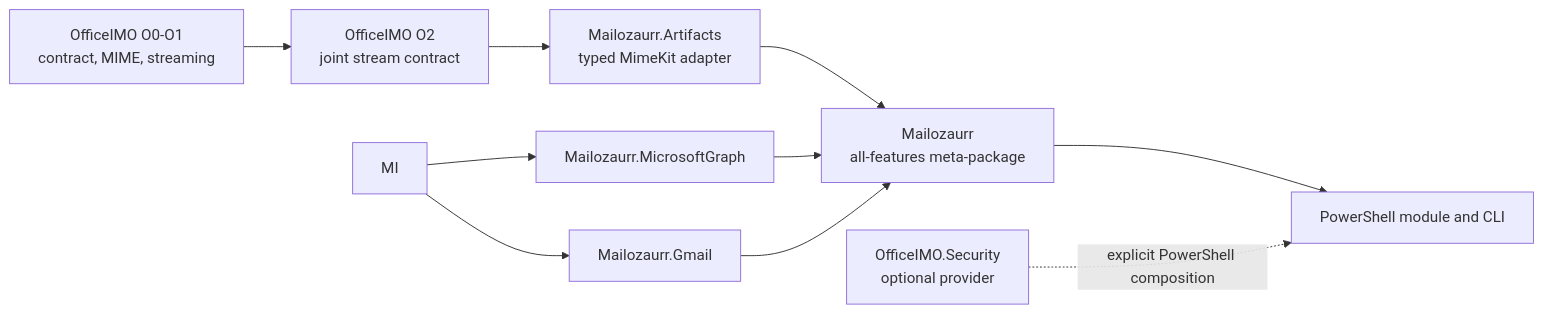
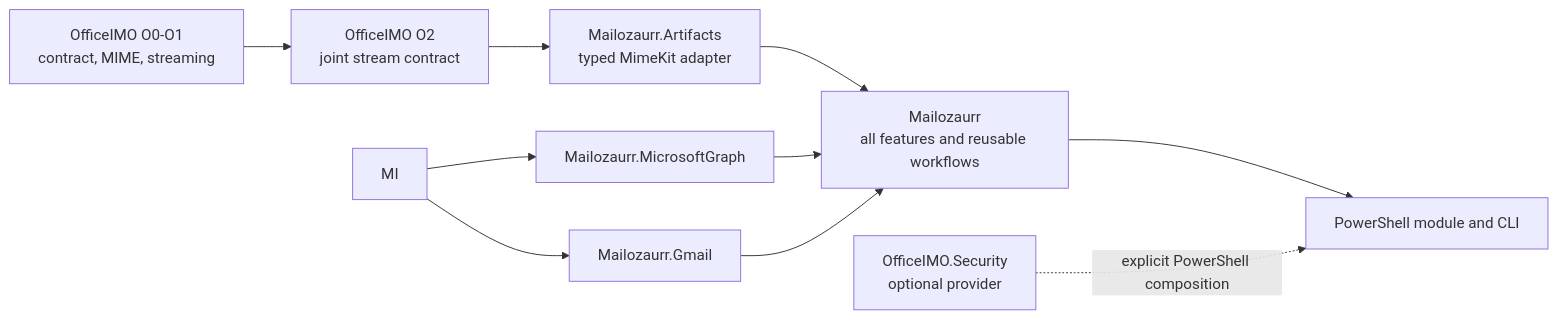
Before and after one commit to EvotecIT/Mailozaurr: the second of 2 diagrams in Docs/Platform-Architecture.md, drawn with Mermaid. The commit also changed other lines of this file and 754 other files, not shown here.

Commit message:
Make Mailozaurr the all-features workflow package

````diff
--- a/Docs/Platform-Architecture.md
+++ b/Docs/Platform-Architecture.md
@@ -487,12 +491,12 @@
 ```mermaid
 flowchart LR
     O0["OfficeIMO O0-O1<br/>contract, MIME, streaming"] --> O2["OfficeIMO O2<br/>joint stream contract"]
     O2 --> MA["Mailozaurr.Artifacts<br/>typed MimeKit adapter"]
     MI --> MG["Mailozaurr.MicrosoftGraph"]
     MI --> MM["Mailozaurr.Gmail"]
-    MA --> ALL["Mailozaurr<br/>all-features meta-package"]
+    MA --> ALL["Mailozaurr<br/>all features and reusable workflows"]
     MG --> ALL
     MM --> ALL
     ALL --> HOSTS["PowerShell module and CLI"]
     OS["OfficeIMO.Security<br/>optional provider"] -. "explicit PowerShell composition" .-> HOSTS
 ```
````
